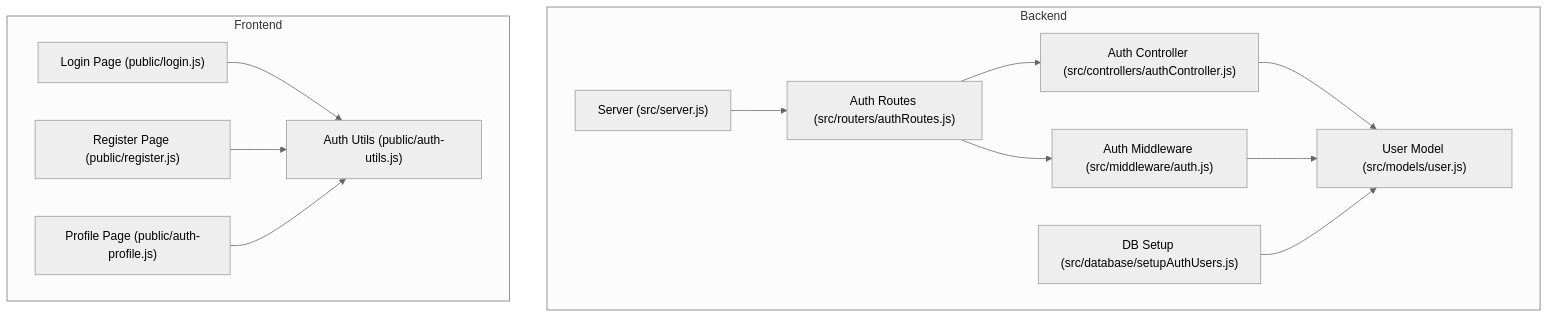
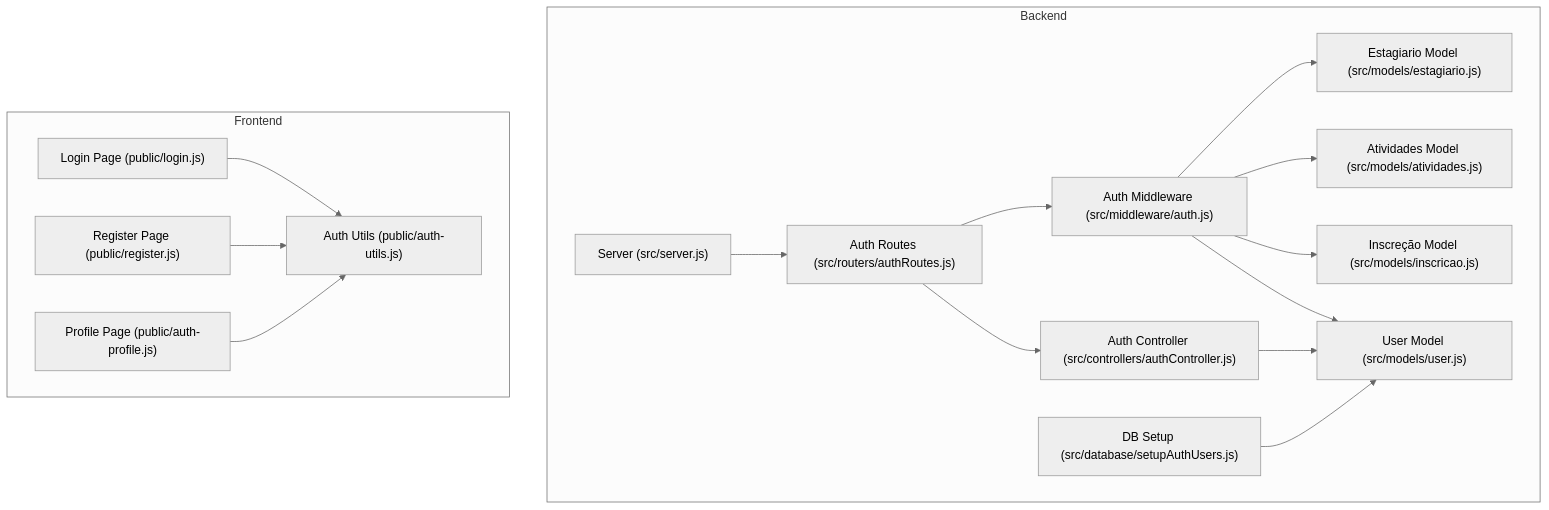
Before and after one commit to luiseduacosta/nodemural: the first of 10 diagrams in .qoder/repowiki/en/content/Authentication & Authorization System/Authentication & Authorization System.md, drawn with Mermaid (neutral theme). The commit also changed other lines of this file and 27 other files, not shown here.

````diff
--- a/.qoder/repowiki/en/content/Authentication & Authorization System/Authentication & Authorization System.md
+++ b/.qoder/repowiki/en/content/Authentication & Authorization System/Authentication & Authorization System.md
@@ -37,26 +47,32 @@
 ```mermaid
 graph TB
 subgraph "Backend"
 S["Server (src/server.js)"]
 R["Auth Routes (src/routers/authRoutes.js)"]
 C["Auth Controller (src/controllers/authController.js)"]
 M["Auth Middleware (src/middleware/auth.js)"]
 U["User Model (src/models/user.js)"]
 DB["DB Setup (src/database/setupAuthUsers.js)"]
+IM["Inscreção Model (src/models/inscricao.js)"]
+AM["Atividades Model (src/models/atividades.js)"]
+EM["Estagiario Model (src/models/estagiario.js)"]
 end
 subgraph "Frontend"
 L["Login Page (public/login.js)"]
 RG["Register Page (public/register.js)"]
 AU["Auth Utils (public/auth-utils.js)"]
 AP["Profile Page (public/auth-profile.js)"]
 end
 S --> R
 R --> C
 R --> M
 C --> U
 M --> U
+M --> IM
+M --> AM
+M --> EM
 DB --> U
 L --> AU
 RG --> AU
 AP --> AU
 ```
````
